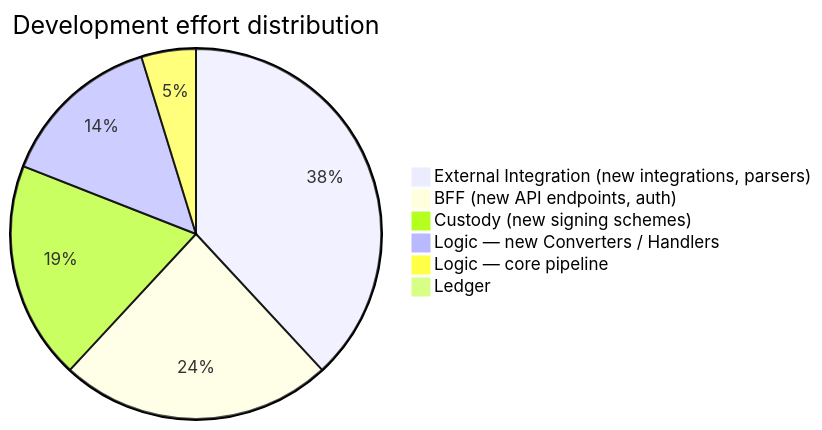
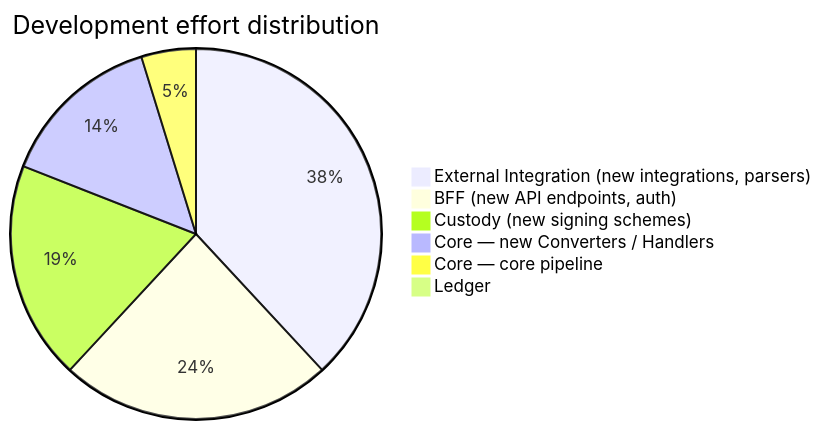
One commit to AndreyShashlovDev/multi-rail-payments-processor changed the fifth of 5 diagrams in README.md. Above: the diagram before and after it, drawn with Mermaid. The commit also changed other lines of this file and 245 other files, not shown here.

Commit message:
refactor: rename Logic service to Core

````diff
--- a/README.md
+++ b/README.md
@@ -505,9 +505,9 @@
 ```mermaid
 pie title Development effort distribution
     "External Integration (new integrations, parsers)" : 40
     "BFF (new API endpoints, auth)" : 25
     "Custody (new signing schemes)" : 20
-    "Logic — new Converters / Handlers" : 15
-    "Logic — core pipeline" : 5
+    "Core — new Converters / Handlers" : 15
+    "Core — core pipeline" : 5
     "Ledger" : 1
 ```
````
